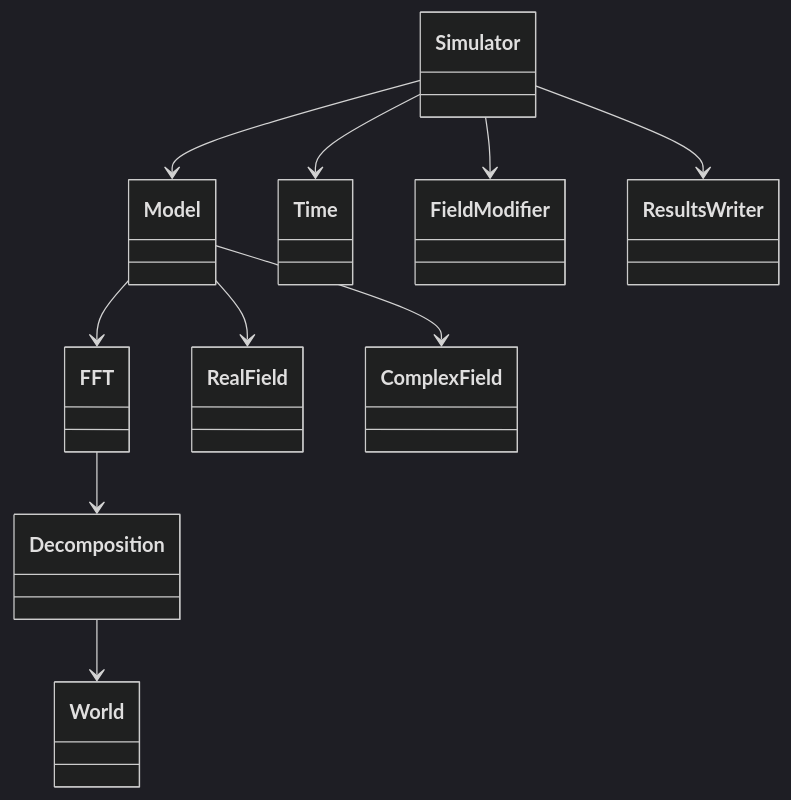
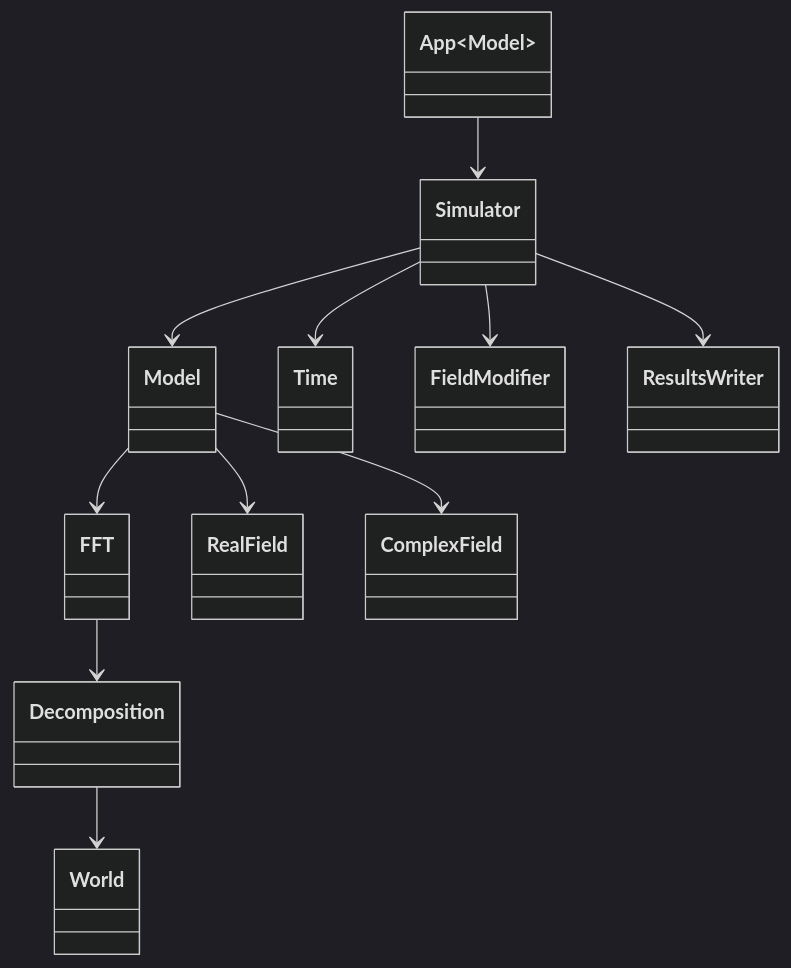
Before and after one commit to VTT-ProperTune/OpenPFC: the first of 2 diagrams in docs/getting_started/01-basics/README.md, drawn with Mermaid (dark theme). The commit also changed other lines of this file, not shown here.

Commit message:
Update documentation to contain App<M>

````diff
--- a/docs/getting_started/01-basics/README.md
+++ b/docs/getting_started/01-basics/README.md
@@ -14,12 +14,13 @@
 ```mermaid
 classDiagram
+  App~Model~ --> Simulator
   Simulator --> Model
   Simulator --> Time
   Simulator --> FieldModifier
   Simulator --> ResultsWriter
   Model --> FFT
   Model --> RealField
   Model --> ComplexField
   FFT --> Decomposition
   Decomposition --> World
 ```
````
